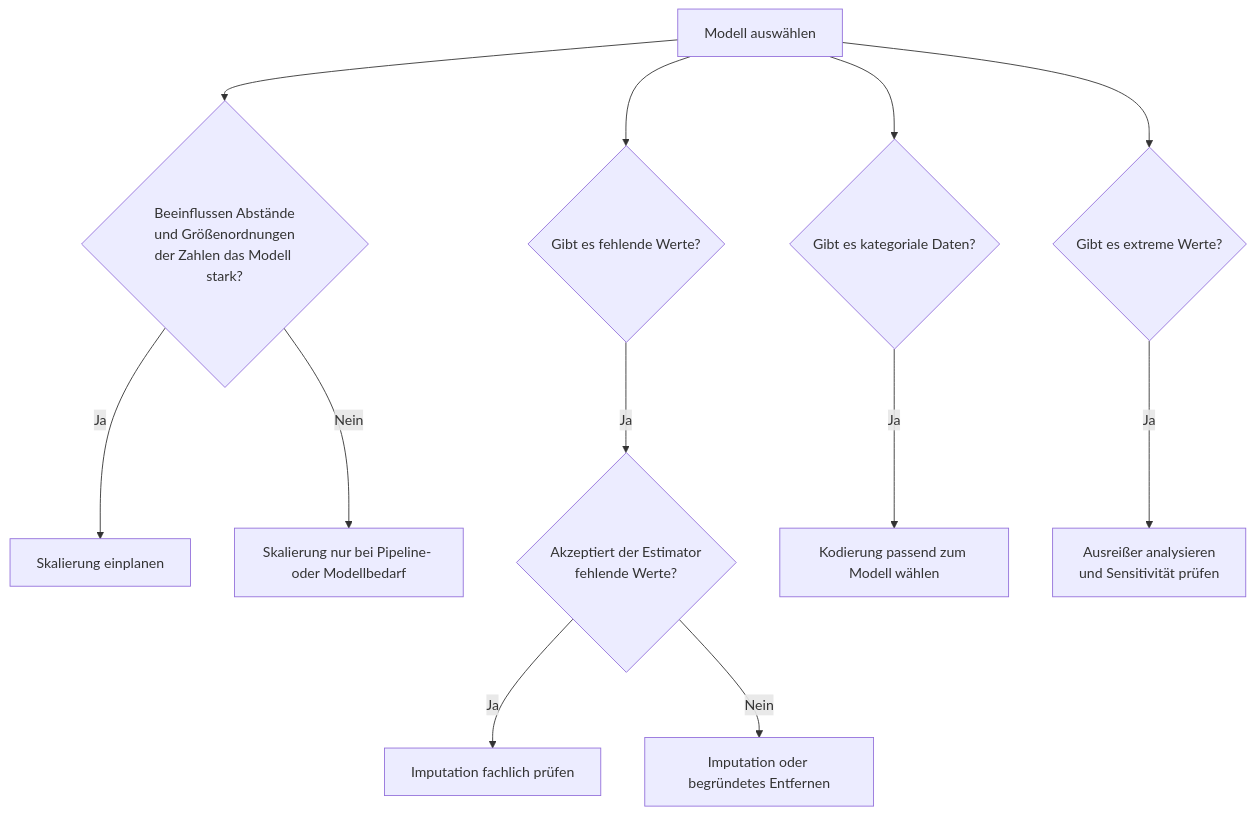
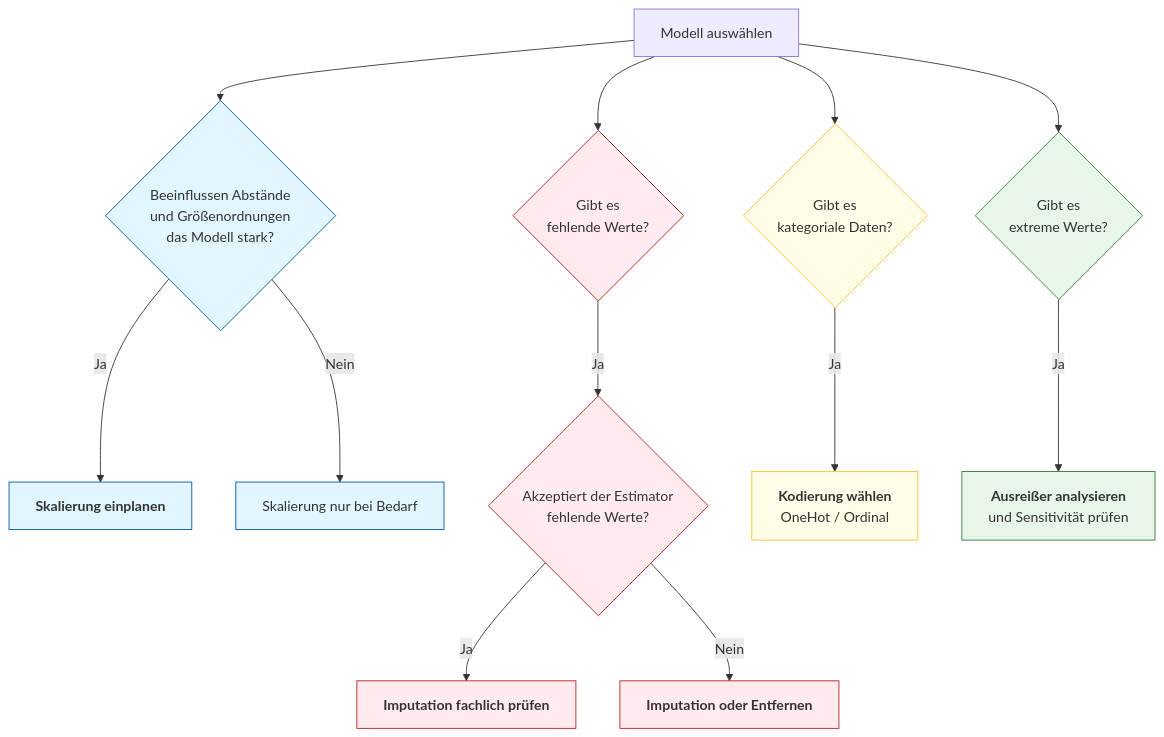
One commit to ralf-42/ML_Intro changed the diagram in docs/concepts/prepare/prepare_nach_modell.md. Above: the diagram before and after it, drawn with Mermaid.

````diff
--- a/docs/concepts/prepare/prepare_nach_modell.md
+++ b/docs/concepts/prepare/prepare_nach_modell.md
@@ -36,17 +36,40 @@
 ```mermaid
 flowchart TD
-    A[Modell auswählen] --> B{Beeinflussen Abstände<br/>und Größenordnungen<br/>der Zahlen das Modell stark?}
-    B -->|Ja| C[Skalierung einplanen]
-    B -->|Nein| D[Skalierung nur bei Pipeline- oder Modellbedarf]
 
-    A --> E{Gibt es fehlende Werte?}
+    %% Startpunkt
+    A[Modell auswählen]
+
+    %% Zweig 1: Skalierung (Blau)
+    A --> B{Beeinflussen Abstände<br/>und Größenordnungen<br/>das Modell stark?}
+    B -->|Ja| C[<b>Skalierung einplanen</b>]
+    B -->|Nein| D[Skalierung nur bei Bedarf]
+    
+    style B fill:#e1f5fe,stroke:#01579b
+    style C fill:#e1f5fe,stroke:#01579b
+    style D fill:#e1f5fe,stroke:#01579b
+
+    %% Zweig 2: Fehlende Werte (Rot)
+    A --> E{Gibt es<br/>fehlende Werte?}
     E -->|Ja| F{Akzeptiert der Estimator<br/>fehlende Werte?}
-    F -->|Ja| G[Imputation fachlich prüfen]
-    F -->|Nein| H[Imputation oder begründetes Entfernen]
+    F -->|Ja| G[<b>Imputation fachlich prüfen</b>]
+    F -->|Nein| H[<b>Imputation oder Entfernen</b>]
+    
+    style E fill:#ffebee,stroke:#b71c1c
+    style F fill:#ffebee,stroke:#b71c1c
+    style G fill:#ffebee,stroke:#b71c1c
+    style H fill:#ffebee,stroke:#b71c1c
 
-    A --> I{Gibt es kategoriale Daten?}
-    I -->|Ja| J[Kodierung passend zum Modell wählen]
+    %% Zweig 3: Kategorien (Gelb/Gold)
+    A --> I{Gibt es<br/>kategoriale Daten?}
+    I -->|Ja| J[<b>Kodierung wählen</b><br/>OneHot / Ordinal]
+    
+    style I fill:#fffde7,stroke:#fbc02d
+    style J fill:#fffde7,stroke:#fbc02d
 
-    A --> K{Gibt es extreme Werte?}
-    K -->|Ja| L[Ausreißer analysieren<br/>und Sensitivität prüfen]
+    %% Zweig 4: Ausreißer (Grün)
+    A --> K{Gibt es<br/>extreme Werte?}
+    K -->|Ja| L[<b>Ausreißer analysieren</b><br/>und Sensitivität prüfen]
+
+    style K fill:#e8f5e9,stroke:#2e7d32
+    style L fill:#e8f5e9,stroke:#2e7d32
 ```
````
